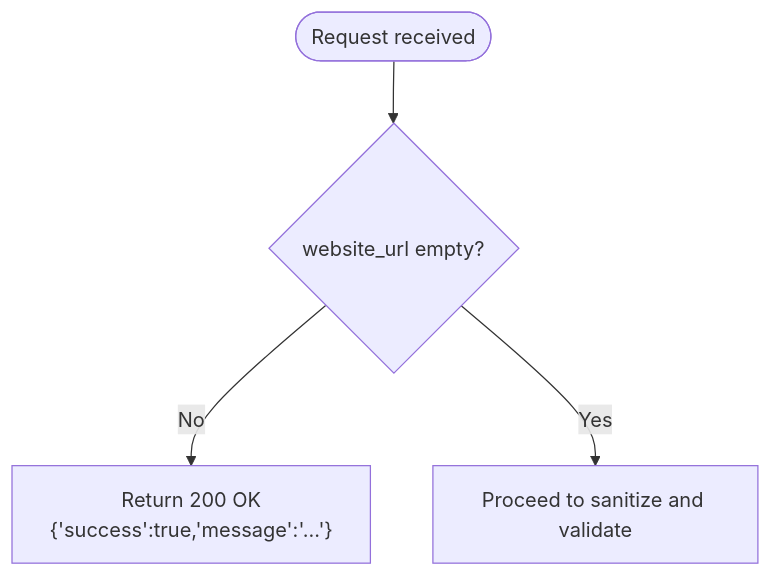
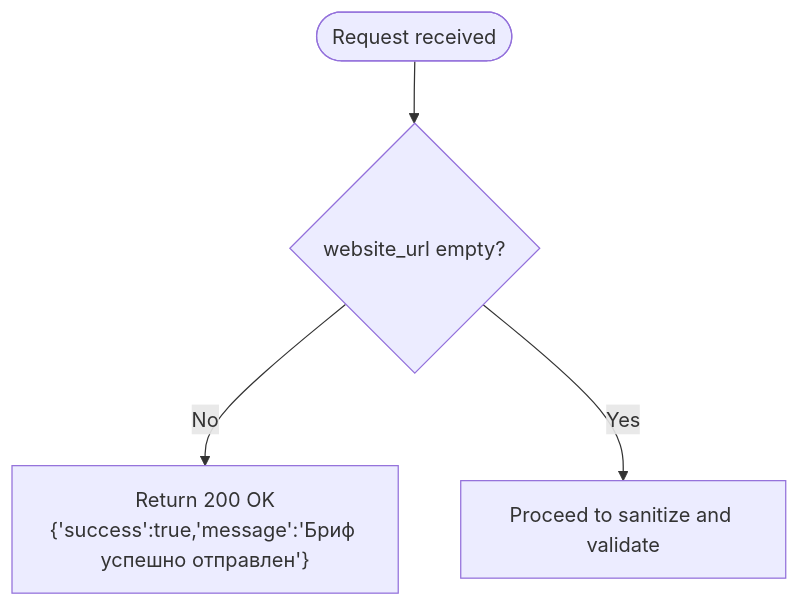
The third of 6 diagrams in .qoder/repowiki/en/content/File Reference/send-brief.php - Backend Form Processor.md (Vostrikov2014/emoo), drawn with Mermaid before and after one commit. The commit also changed other lines of this file and 4 other files, not shown here.

````diff
--- a/.qoder/repowiki/en/content/File Reference/send-brief.php - Backend Form Processor.md
+++ b/.qoder/repowiki/en/content/File Reference/send-brief.php - Backend Form Processor.md
@@ -104,6 +124,6 @@
 ```mermaid
 flowchart TD
 Start(["Request received"]) --> CheckHoneypot{"website_url empty?"}
-CheckHoneypot --> |No| BotSilent["Return 200 OK<br/>{'success':true,'message':'...'}"]
+CheckHoneypot --> |No| BotSilent["Return 200 OK<br/>{'success':true,'message':'Бриф успешно отправлен'}"]
 CheckHoneypot --> |Yes| Continue["Proceed to sanitize and validate"]
 ```
````
